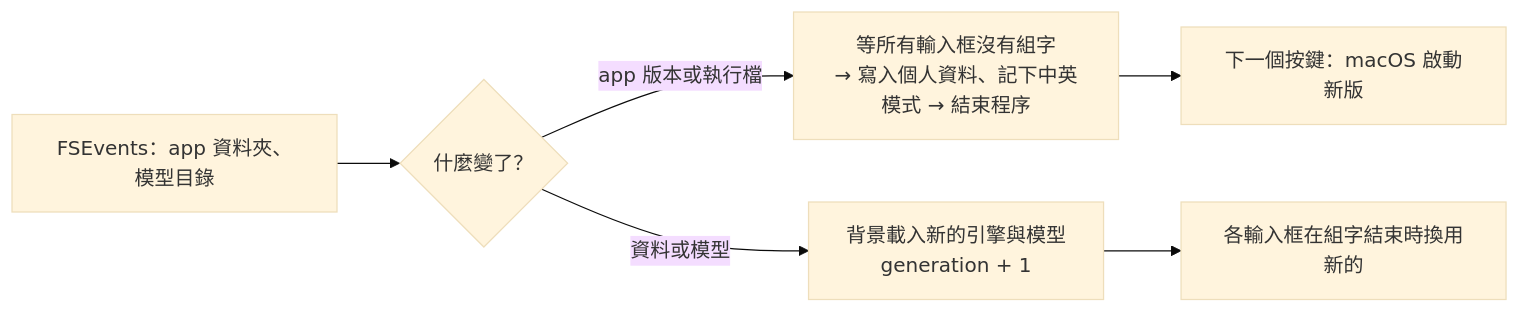
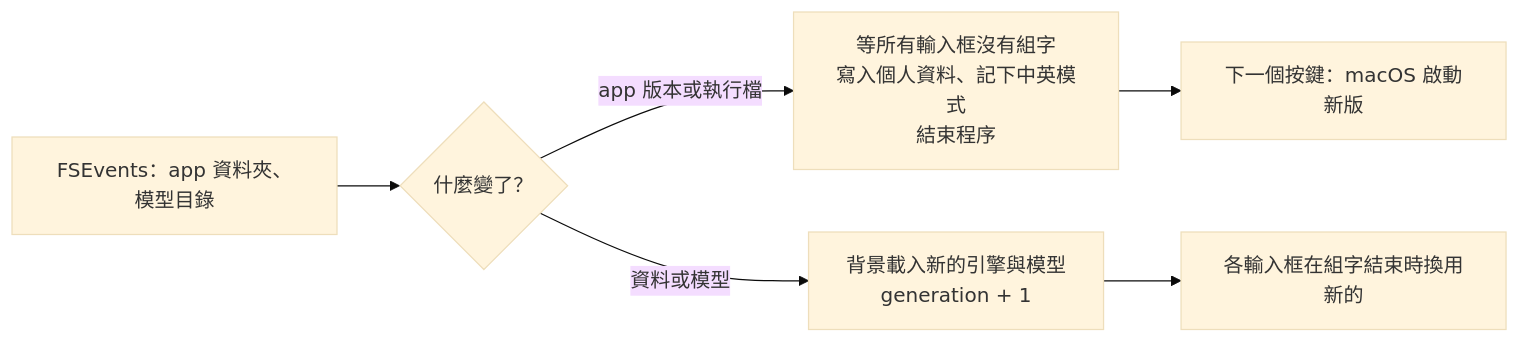
One commit to henry753951/ZhuyinType changed the fifth of 6 diagrams in docs/ARCHITECTURE.md. Above: the diagram before and after it, drawn with Mermaid (base theme). The commit also changed other lines of this file and 40 other files, not shown here.

````diff
--- a/docs/ARCHITECTURE.md
+++ b/docs/ARCHITECTURE.md
@@ -122,8 +122,8 @@
 ```mermaid
 flowchart LR
     F["FSEvents：app 資料夾、模型目錄"] --> C{"什麼變了？"}
-    C -- "app 版本或執行檔" --> R["等所有輸入框沒有組字<br/>→ 寫入個人資料、記下中英模式 → 結束程序"]
+    C -- "app 版本或執行檔" --> R["等所有輸入框沒有組字<br/>寫入個人資料、記下中英模式<br/>結束程序"]
     R --> N["下一個按鍵：macOS 啟動新版"]
     C -- "資料或模型" --> L["背景載入新的引擎與模型<br/>generation + 1"]
     L --> S["各輸入框在組字結束時換用新的"]
 ```
````
